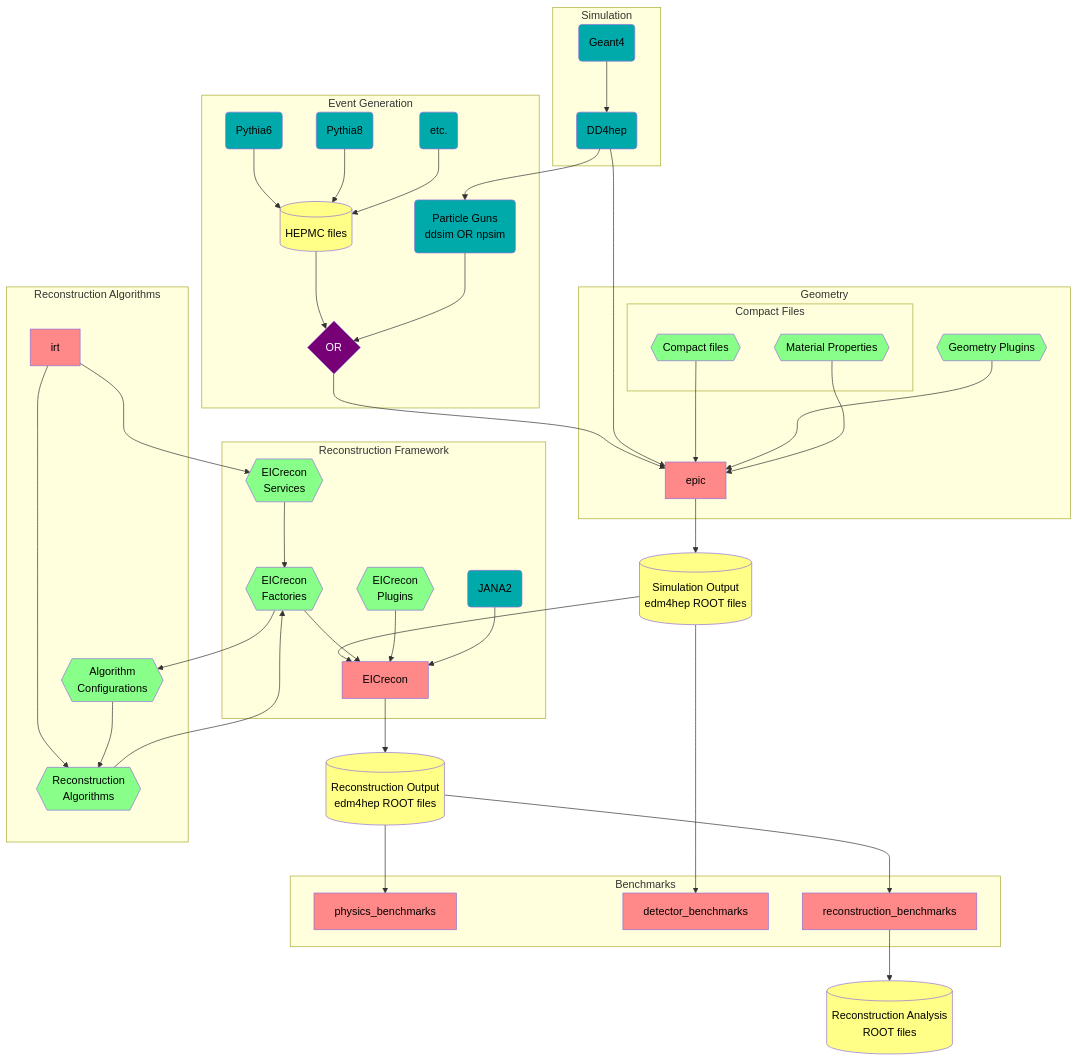
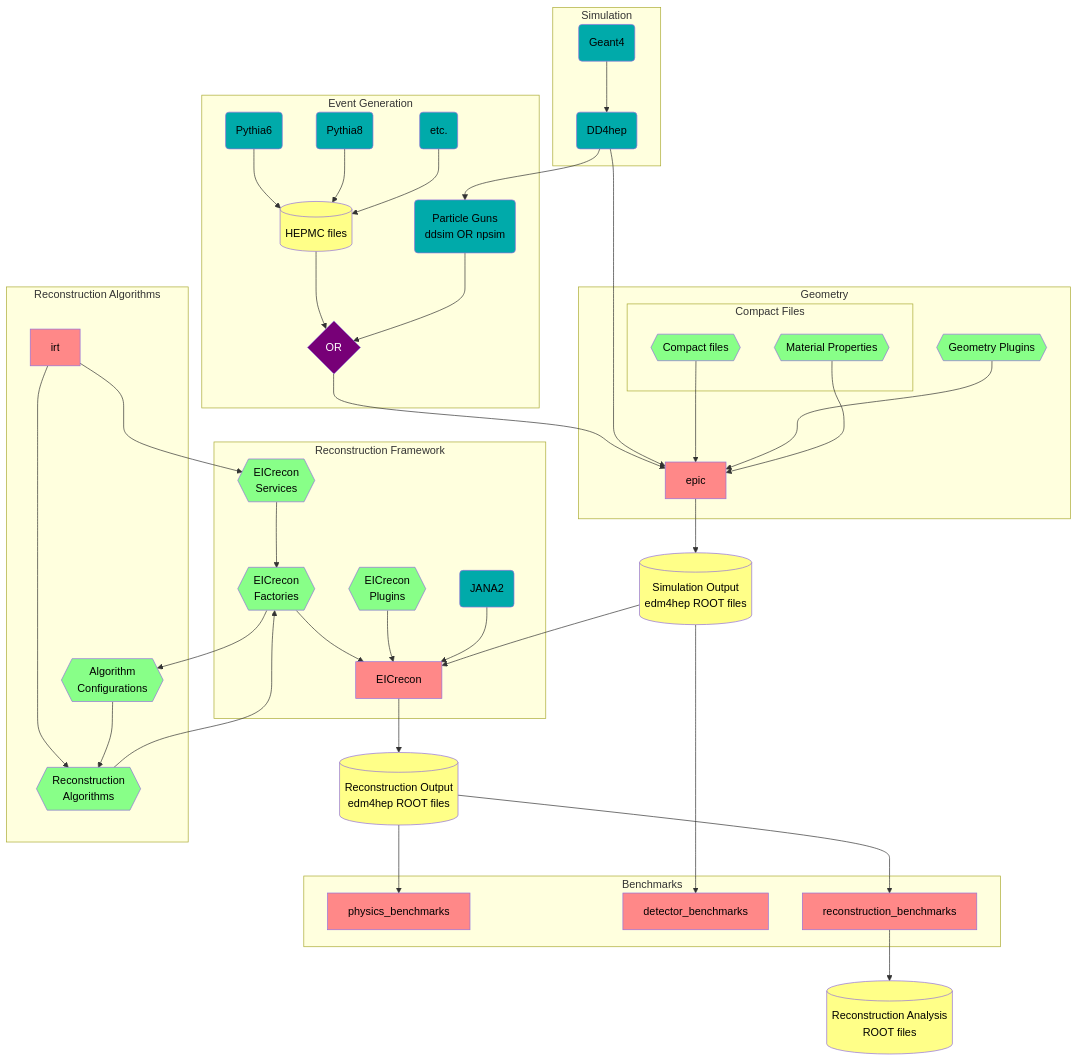
The third of 3 diagrams in README.md (eic/drich-dev), drawn with Mermaid before and after one commit. The commit also changed other lines of this file, not shown here.

````diff
--- a/README.md
+++ b/README.md
@@ -228,81 +228,81 @@
 ```mermaid
 flowchart TB
   classDef epic fill:#ff8888,color:black
   classDef dep fill:#00aaaa,color:black
   classDef obj fill:#88ff88,color:black
   classDef data fill:#ffff88,color:black
   classDef op fill:#770077,color:white
 
   subgraph Event Generation
     Pythia6(Pythia6):::dep
     Pythia8(Pythia8):::dep
     OtherGen(etc.):::dep
     Hepmc[(HEPMC files)]:::data
     Gun(Particle Guns<br/>ddsim OR npsim):::dep
     GenOR{OR}:::op
   end
   Pythia6  --> Hepmc
   Pythia8  --> Hepmc
   OtherGen --> Hepmc
   Hepmc    --> GenOR
   Gun      --> GenOR
 
   subgraph Simulation
     DD4hep(DD4hep):::dep
     Geant(Geant4):::dep
   end
   Geant --> DD4hep
 
   subgraph Geometry
     Epic[epic]:::epic
     subgraph Compact Files
       DDCompact{{Compact files}}:::obj
       DDMat{{Material Properties}}:::obj
     end
     DDPlugin{{Geometry Plugins}}:::obj
   end
   SimOut[(Simulation Output<br/>edm4hep ROOT files)]:::data
   DD4hep    --> Gun
   GenOR     --> Epic
   DD4hep    --> Epic
   DDCompact --> Epic
   DDPlugin  --> Epic
   DDMat     --> Epic
   Epic      --> SimOut
 
   subgraph Reconstruction Framework
     JANA(JANA2):::dep
     EICreconPlugins{{EICrecon<br/>Plugins}}:::obj
     EICreconFactories{{EICrecon<br/>Factories}}:::obj
     EICreconServices{{EICrecon<br/>Services}}:::obj
     EICrecon[EICrecon]:::epic
   end
   subgraph Reconstruction Algorithms
     IRT[irt]:::epic
     RecoAlgorithms{{Reconstruction<br/>Algorithms}}:::obj
     RecoAlgorithmConfigs{{Algorithm<br/>Configurations}}:::obj
   end
   RecOut[(Reconstruction Output<br/>edm4hep ROOT files)]:::data
-  SimOut               --> EICrecon
   EICreconServices     -->  EICreconFactories
   EICreconFactories    -->  EICrecon
   EICreconPlugins      -->  EICrecon
   IRT                  -->  EICreconServices
   IRT                  -->  RecoAlgorithms
   RecoAlgorithms       -->  EICreconFactories
   RecoAlgorithmConfigs -->  RecoAlgorithms
   EICreconFactories    -->  RecoAlgorithmConfigs
   JANA                 -->  EICrecon
+  SimOut               --> EICrecon
   EICrecon         -->  RecOut
 
   subgraph Benchmarks
     PhysicsBenchmarks[physics_benchmarks]:::epic
     DetectorBenchmarks[detector_benchmarks]:::epic
     ReconstructionBenchmarks[reconstruction_benchmarks]:::epic
   end
   AnaOut[(Reconstruction Analysis<br/>ROOT files)]:::data
   SimOut --> DetectorBenchmarks
   RecOut --> PhysicsBenchmarks
   RecOut --> ReconstructionBenchmarks --> AnaOut
 
 ```
````
